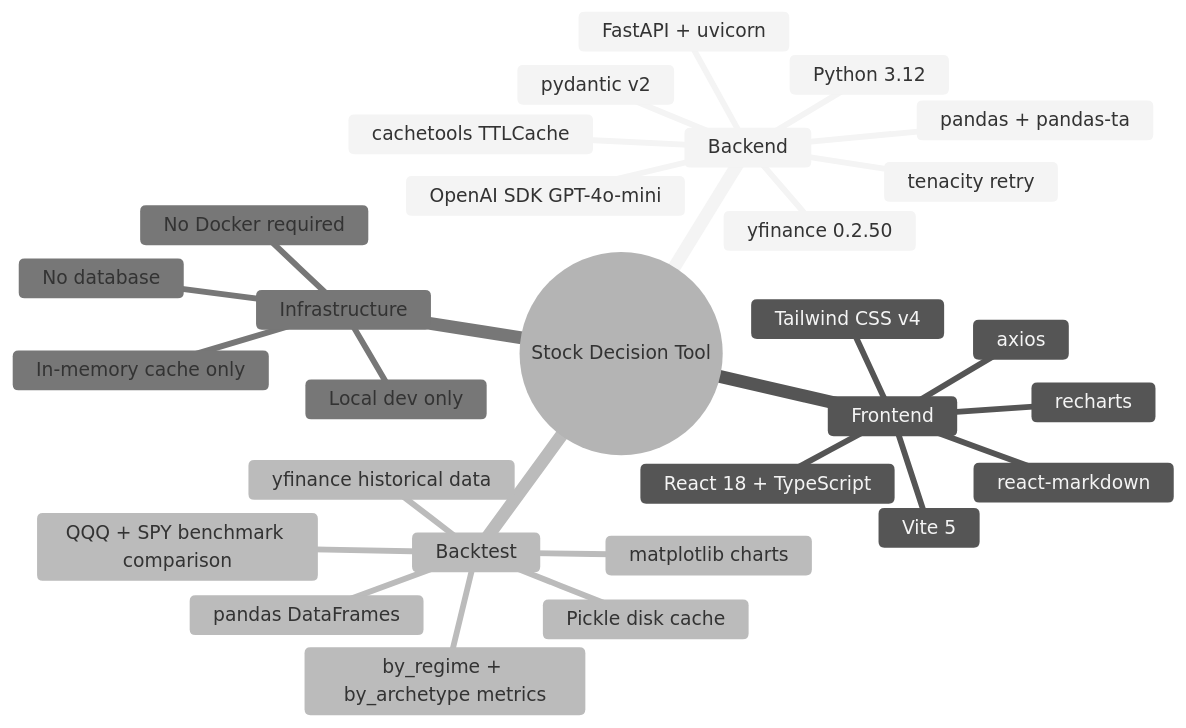
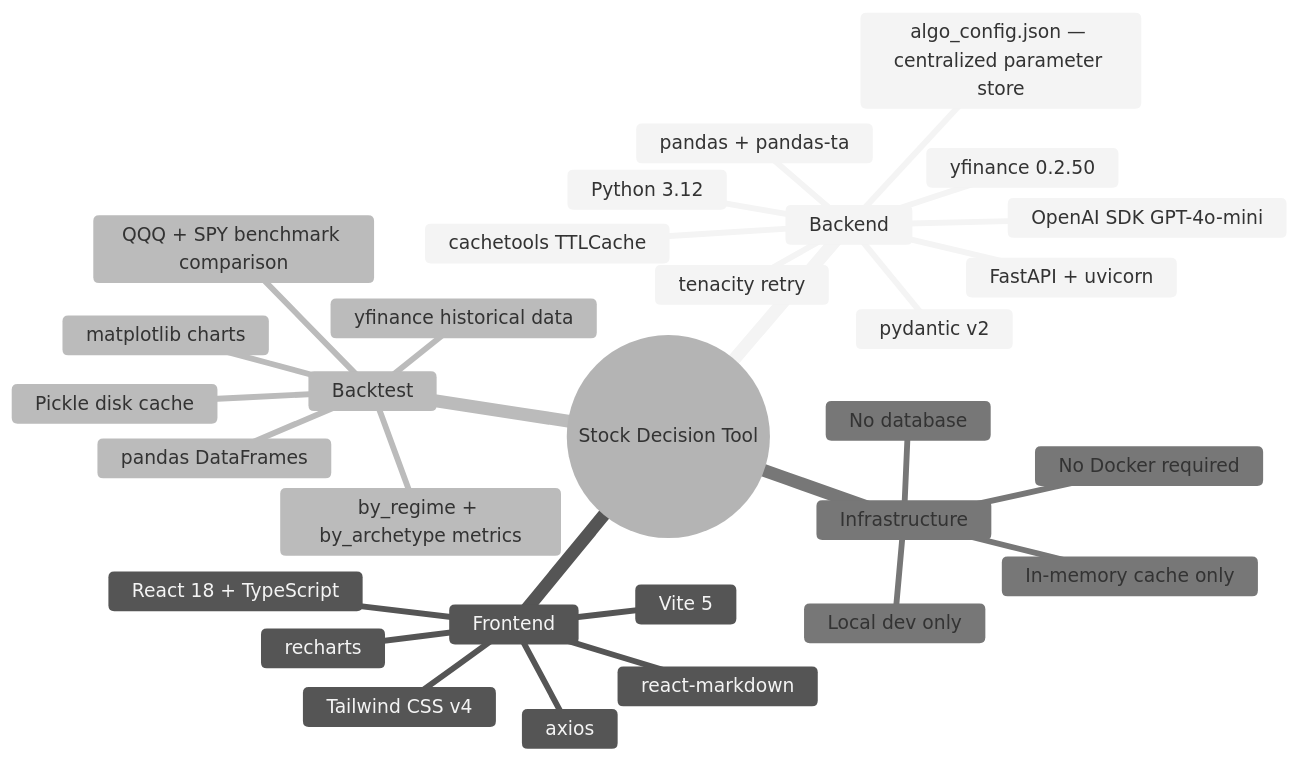
Before and after one commit to krutikpatel/stockBuyDecisioner1: diagram 14 of 15 in HLD.md, drawn with Mermaid (neutral theme). The commit also changed other lines of this file and 2 other files, not shown here.

First line of the commit message:
docs: update HLD, LLD, README for improvement4 algo_config system

````diff
--- a/HLD.md
+++ b/HLD.md
@@ -750,32 +750,33 @@
 ```mermaid
 mindmap
   root((Stock Decision Tool))
     Backend
       Python 3.12
       FastAPI + uvicorn
       yfinance 0.2.50
       pandas + pandas-ta
       OpenAI SDK GPT-4o-mini
       cachetools TTLCache
       tenacity retry
       pydantic v2
+      algo_config.json — centralized parameter store
     Frontend
       React 18 + TypeScript
       Vite 5
       Tailwind CSS v4
       recharts
       react-markdown
       axios
     Backtest
       yfinance historical data
       QQQ + SPY benchmark comparison
       by_regime + by_archetype metrics
       matplotlib charts
       pandas DataFrames
       Pickle disk cache
     Infrastructure
       No database
       In-memory cache only
       No Docker required
       Local dev only
 ```
````
